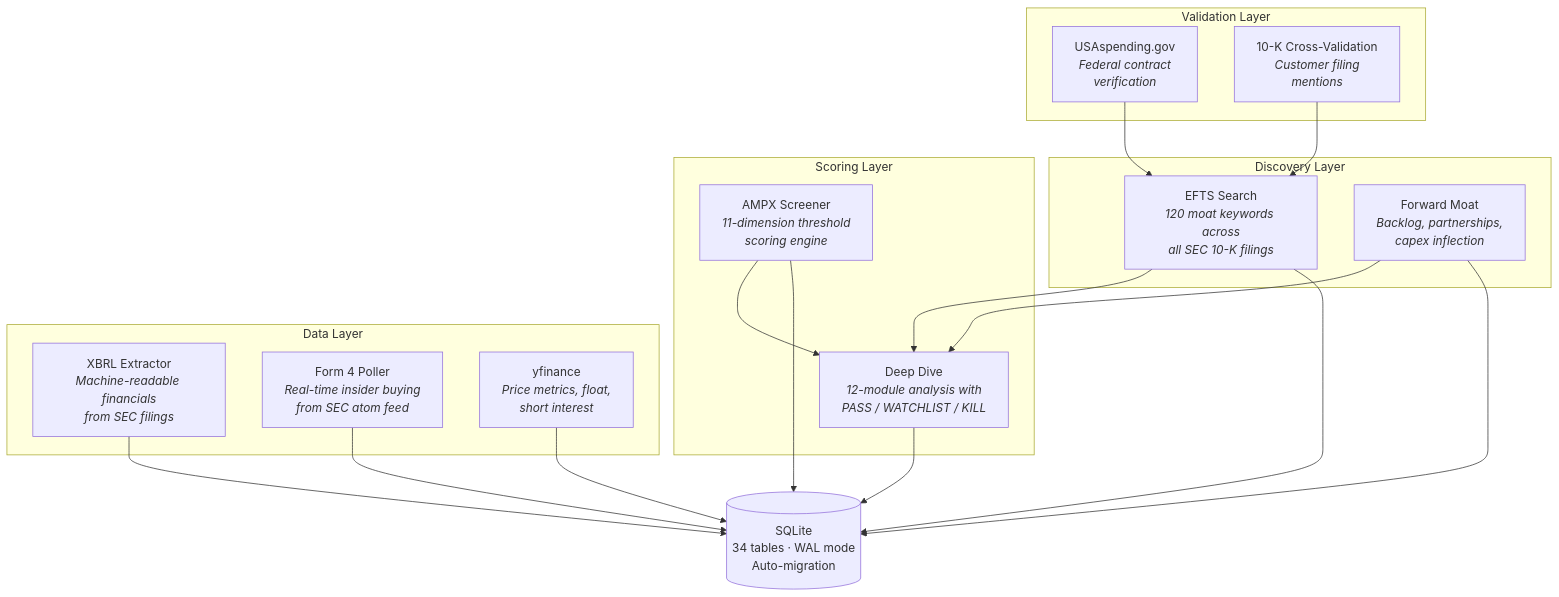
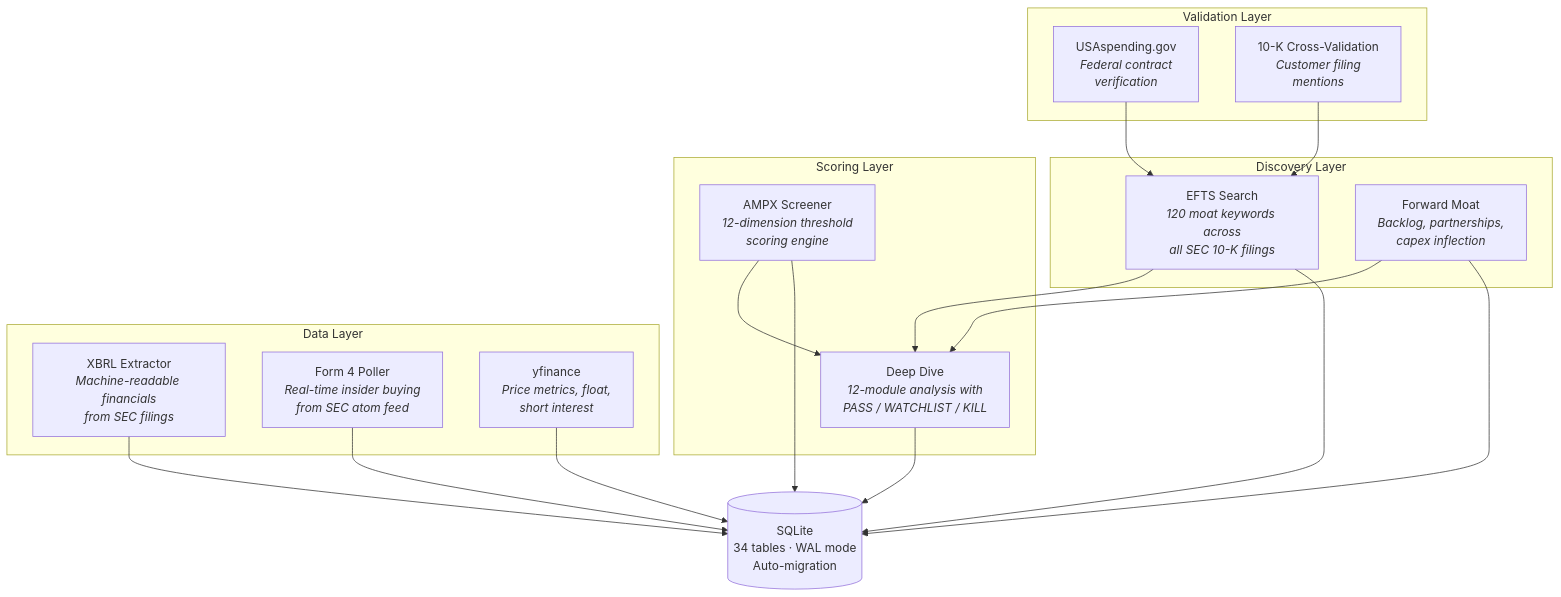
Before and after one commit to Pdong19/edgar-scanner: the diagram in README.md, drawn with Mermaid. The commit also changed other lines of this file and 10 other files, not shown here.

````diff
--- a/README.md
+++ b/README.md
@@ -13,38 +13,38 @@
 ```mermaid
 graph TB
     subgraph Discovery ["Discovery Layer"]
         EFTS["EFTS Search<br/><i>120 moat keywords across<br/>all SEC 10-K filings</i>"]
         FM["Forward Moat<br/><i>Backlog, partnerships,<br/>capex inflection</i>"]
     end
 
     subgraph Scoring ["Scoring Layer"]
-        AMPX["AMPX Screener<br/><i>11-dimension threshold<br/>scoring engine</i>"]
+        AMPX["AMPX Screener<br/><i>12-dimension threshold<br/>scoring engine</i>"]
         DD["Deep Dive<br/><i>12-module analysis with<br/>PASS / WATCHLIST / KILL</i>"]
     end
 
     subgraph Data ["Data Layer"]
         XBRL["XBRL Extractor<br/><i>Machine-readable financials<br/>from SEC filings</i>"]
         F4["Form 4 Poller<br/><i>Real-time insider buying<br/>from SEC atom feed</i>"]
         YF["yfinance<br/><i>Price metrics, float,<br/>short interest</i>"]
     end
 
     subgraph Validation ["Validation Layer"]
         GOV["USAspending.gov<br/><i>Federal contract<br/>verification</i>"]
         XVAL["10-K Cross-Validation<br/><i>Customer filing<br/>mentions</i>"]
     end
 
     DB[("SQLite<br/>34 tables · WAL mode<br/>Auto-migration")]
 
     EFTS --> DD
     FM --> DD
     AMPX --> DD
     GOV --> EFTS
     XVAL --> EFTS
     XBRL --> DB
     F4 --> DB
     YF --> DB
     AMPX --> DB
     DD --> DB
     EFTS --> DB
     FM --> DB
 ```
````
